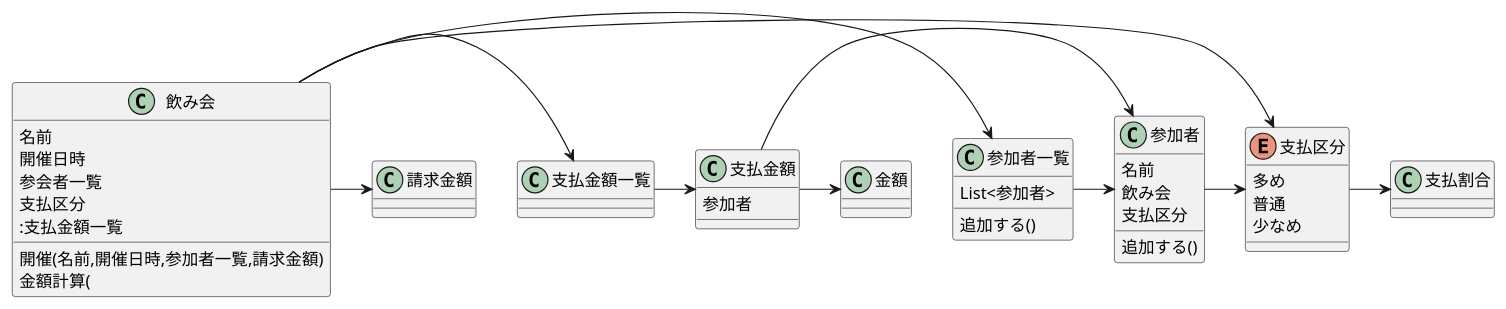
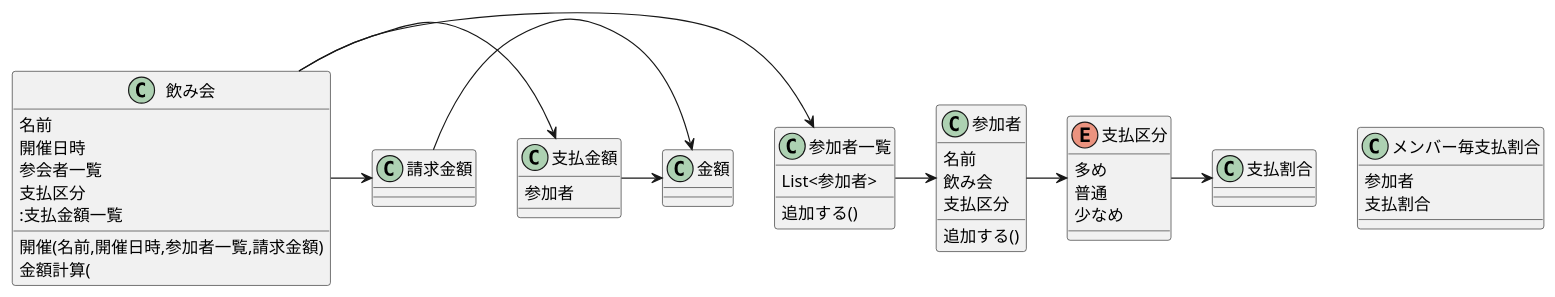
The diagram in etc/warikan.puml (muractice/wari), drawn with PlantUML before and after one commit. The commit also changed 4 other files, not shown here.

```diff
--- a/etc/warikan.puml
+++ b/etc/warikan.puml
@@ -1,70 +1,78 @@
 @startuml
 
 /'
 class 幹事{
 }
 '/
 
 class 飲み会 {
 名前
 開催日時
 参会者一覧
 支払区分
 '幹事
 開催(名前,開催日時,参加者一覧,請求金額)
 '参加者追加()
 金額計算(
 :支払金額一覧
 }
 
 
 class 参加者{
 名前
 飲み会
 支払区分
 追加する()
 }
 
 class 参加者一覧{
 List<参加者>
 追加する()
 }
 
 
 enum 支払区分{
 多め
 普通
 少なめ
 }
 
 class 支払割合{
 }
 
 class 請求金額{
 }
 
 class 支払金額{
 参加者
 }
 
+class メンバー毎支払割合{
+参加者
+支払割合
+}
+
+/'
 class 支払金額一覧{
 }
+'/
 
 class 金額{
 }
 
 
 
 '飲み会 -> 幹事
 飲み会 -> 参加者一覧
 参加者一覧 -> 参加者
 参加者 -> 支払区分
-飲み会 -> 支払区分
-飲み会 -> 支払金額一覧
+'飲み会 -> 支払区分
+飲み会 -> 支払金額
 支払区分 -> 支払割合
 飲み会 -> 請求金額
-支払金額一覧 -> 支払金額
-支払金額 -> 参加者
+'支払金額一覧 -> 支払金額
+'支払金額 -> 参加者一覧
 支払金額 -> 金額
+請求金額 -> 金額
 
 @enduml
```
